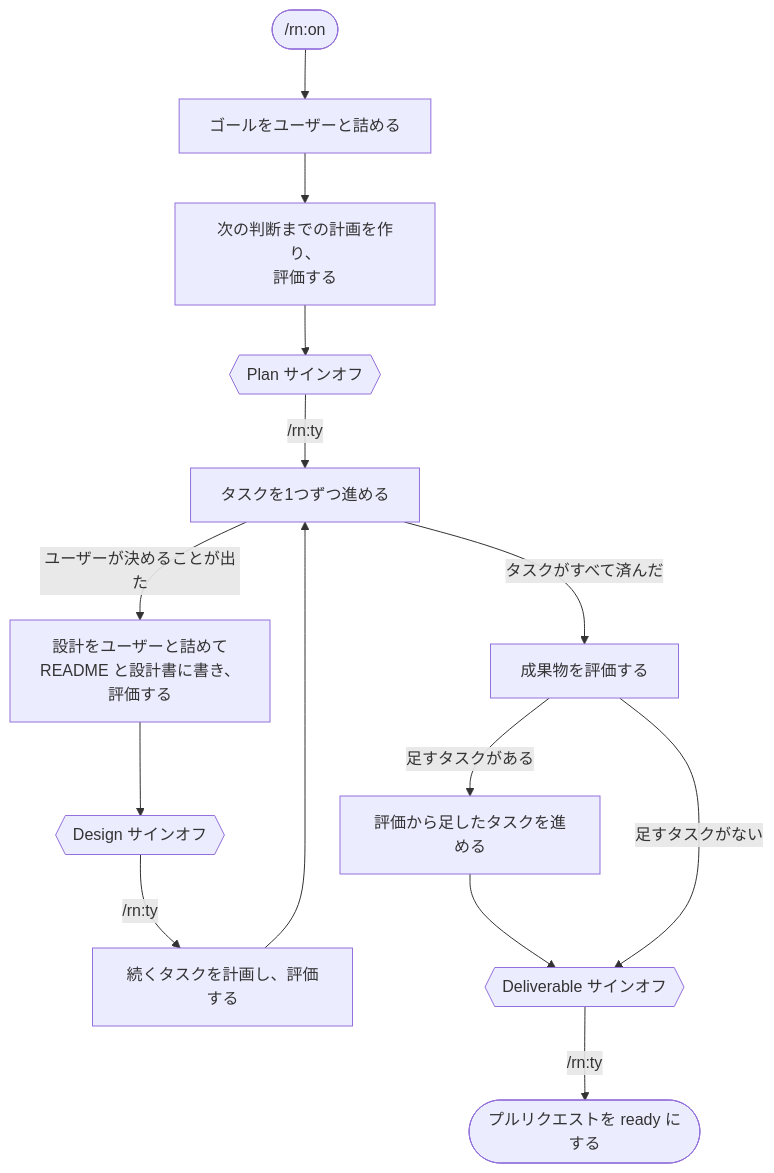
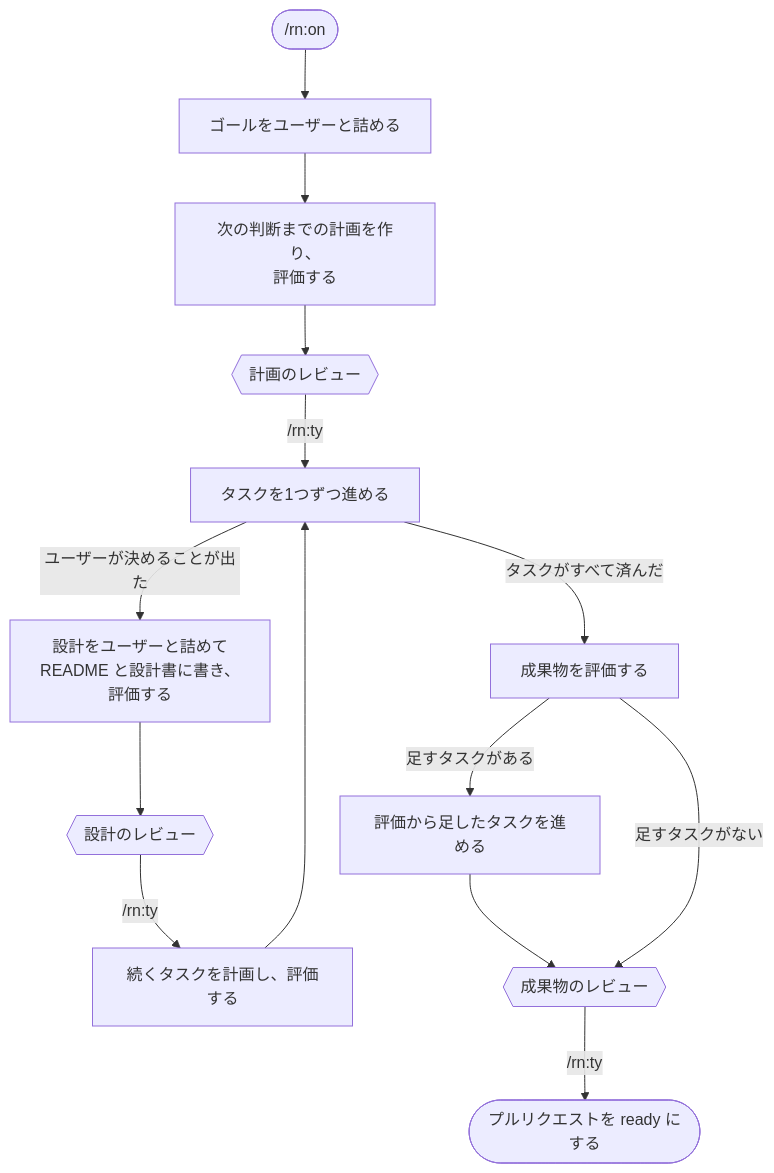
The fourth of 5 diagrams in rn/docs/design.md (lovaizu/ccpm), drawn with Mermaid before and after one commit. The commit also changed other lines of this file and 1 other file, not shown here.

First line of the commit message:
docs(rn): Japanese review copy calls the sign-offs reviews of the plan, design and deliverable, reached by a review request

````diff
--- a/rn/docs/design.md
+++ b/rn/docs/design.md
@@ -95,26 +95,26 @@
 ```mermaid
 flowchart TD
     ON(["/rn:on"])
     W["ゴールをユーザーと詰める"]
     P["次の判断までの計画を作り、<br/>評価する"]
-    PS{{"Plan サインオフ"}}
+    PS{{"計画のレビュー"}}
     T["タスクを1つずつ進める"]
     D["設計をユーザーと詰めて<br/>README と設計書に書き、評価する"]
-    DS{{"Design サインオフ"}}
+    DS{{"設計のレビュー"}}
     P2["続くタスクを計画し、評価する"]
     EV["成果物を評価する"]
     T2["評価から足したタスクを進める"]
-    FS{{"Deliverable サインオフ"}}
+    FS{{"成果物のレビュー"}}
     END(["プルリクエストを ready にする"])
     ON --> W --> P --> PS
     PS -->|"/rn:ty"| T
     T -->|"ユーザーが決めることが出た"| D
     D --> DS
     DS -->|"/rn:ty"| P2
     P2 --> T
     T -->|"タスクがすべて済んだ"| EV
     EV -->|"足すタスクがある"| T2
     T2 --> FS
     EV -->|"足すタスクがない"| FS
     FS -->|"/rn:ty"| END
 ```
````
